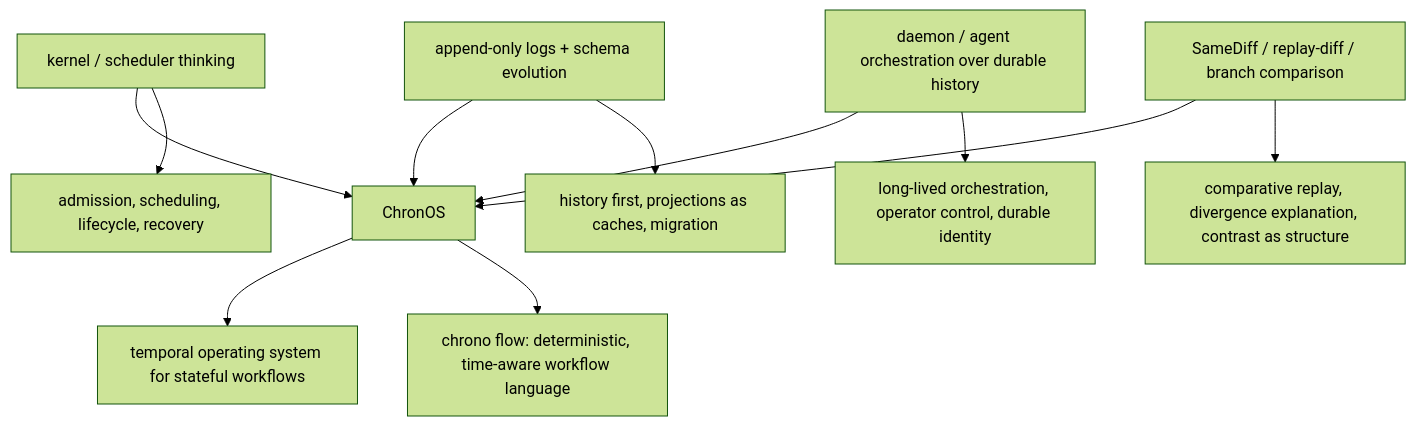
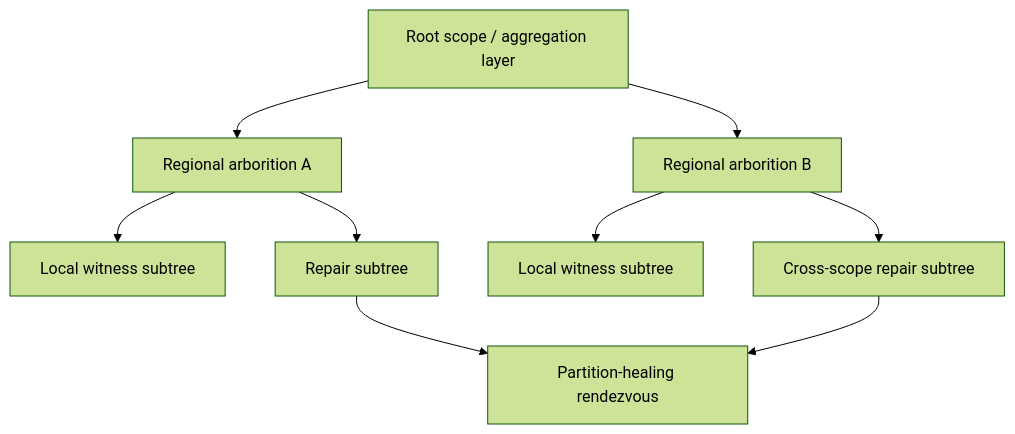
The seventh of 7 diagrams in docs/DIAGRAMS.md (henry-filgueiras/schedspec), drawn with Mermaid (forest theme) before and after one commit. The commit also changed other lines of this file and 24 other files, not shown here.

````diff
--- a/docs/DIAGRAMS.md
+++ b/docs/DIAGRAMS.md
@@ -89,15 +100,11 @@
 ```mermaid
-flowchart TD
-    A["kernel / scheduler thinking"] --> X["ChronOS"]
-    B["append-only logs + schema evolution"] --> X
-    C["daemon / agent orchestration over durable history"] --> X
-    D["SameDiff / replay-diff / branch comparison"] --> X
-
-    X --> Y["temporal operating system for stateful workflows"]
-    X --> Z["chrono flow: deterministic, time-aware workflow language"]
-
-    A --> A1["admission, scheduling, lifecycle, recovery"]
-    B --> B1["history first, projections as caches, migration"]
-    C --> C1["long-lived orchestration, operator control, durable identity"]
-    D --> D1["comparative replay, divergence explanation, contrast as structure"]
+flowchart TB
+    A["Root scope / aggregation layer"] --> B1["Regional arborition A"]
+    A --> B2["Regional arborition B"]
+    B1 --> C1["Local witness subtree"]
+    B1 --> C2["Repair subtree"]
+    B2 --> C3["Local witness subtree"]
+    B2 --> C4["Cross-scope repair subtree"]
+    C2 --> D["Partition-healing rendezvous"]
+    C4 --> D
 ```
````
